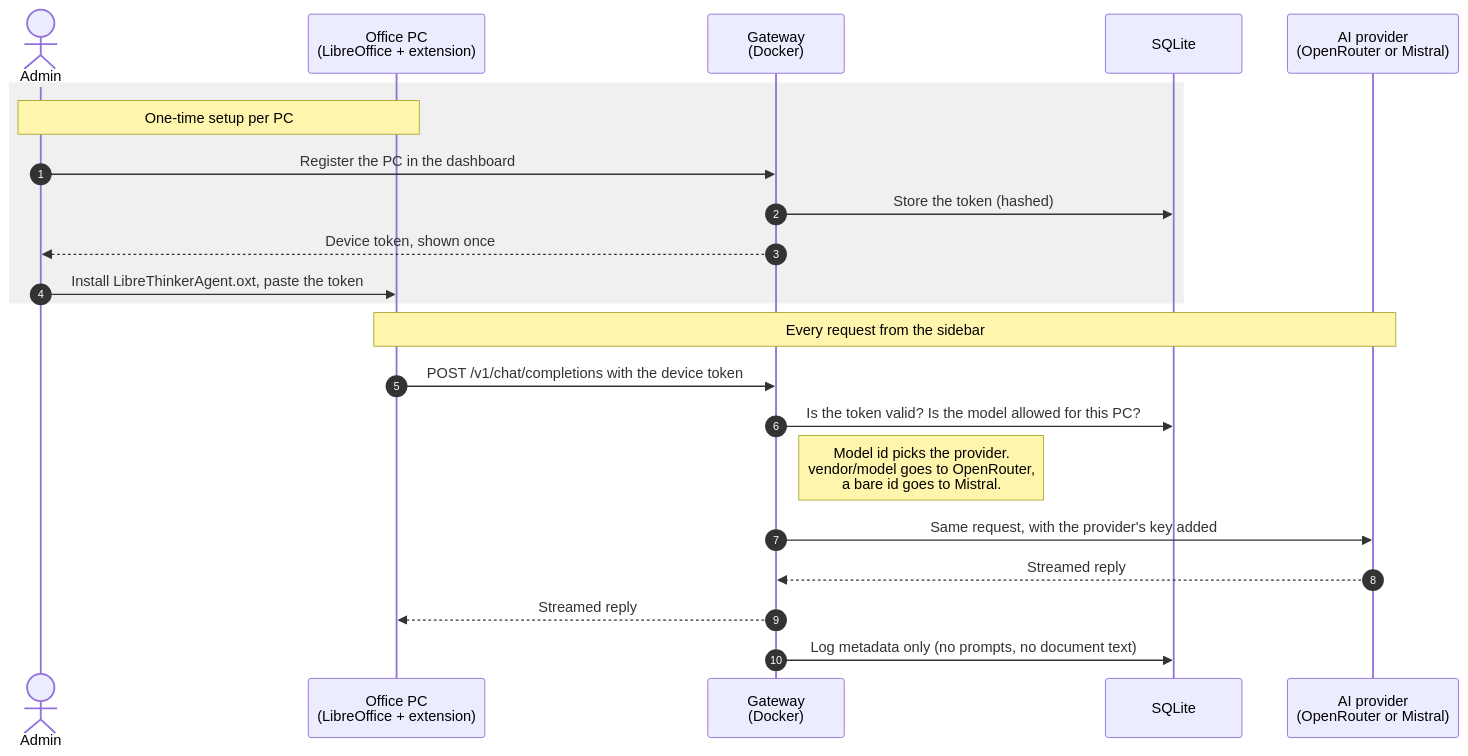
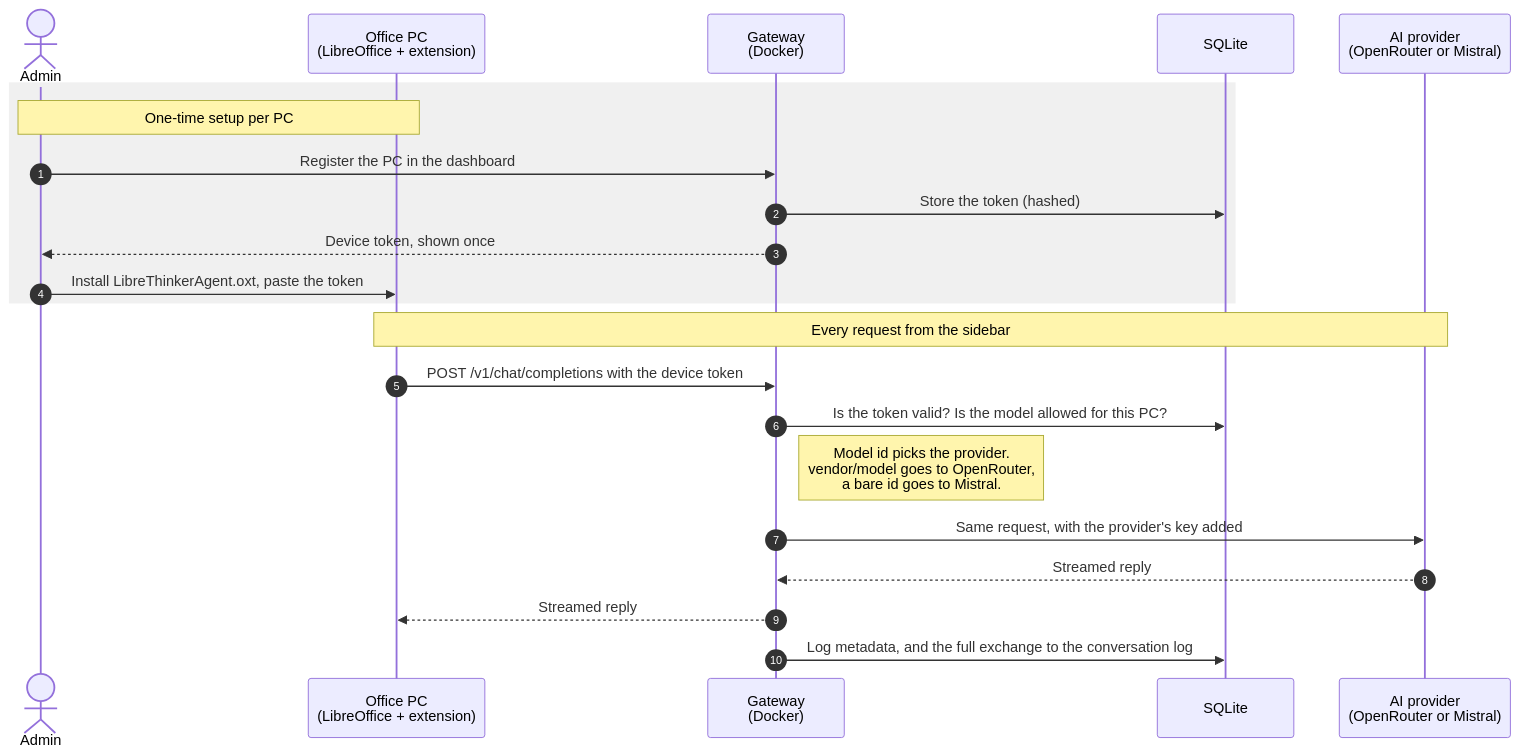
Before and after one commit to RaihanulHaque/cellscribe: the diagram in README.md, drawn with Mermaid. The commit also changed other lines of this file and 14 other files, not shown here.

First line of the commit message:
feat: full conversation log (JSON Lines) with browser viewer and fine-tuning export

````diff
--- a/README.md
+++ b/README.md
@@ -125,26 +126,26 @@
 ```mermaid
 sequenceDiagram
     autonumber
     actor Admin
     participant PC as Office PC<br/>(LibreOffice + extension)
     participant GW as Gateway<br/>(Docker)
     participant DB as SQLite
     participant AI as AI provider<br/>(OpenRouter or Mistral)
 
     rect rgb(240, 240, 240)
     Note over Admin,PC: One-time setup per PC
     Admin->>GW: Register the PC in the dashboard
     GW->>DB: Store the token (hashed)
     GW-->>Admin: Device token, shown once
     Admin->>PC: Install LibreThinkerAgent.oxt, paste the token
     end
 
     Note over PC,AI: Every request from the sidebar
     PC->>GW: POST /v1/chat/completions with the device token
     GW->>DB: Is the token valid? Is the model allowed for this PC?
     Note right of GW: Model id picks the provider.<br/>vendor/model goes to OpenRouter,<br/>a bare id goes to Mistral.
     GW->>AI: Same request, with the provider's key added
     AI-->>GW: Streamed reply
     GW-->>PC: Streamed reply
-    GW->>DB: Log metadata only (no prompts, no document text)
+    GW->>DB: Log metadata, and the full exchange to the conversation log
 ```
````
